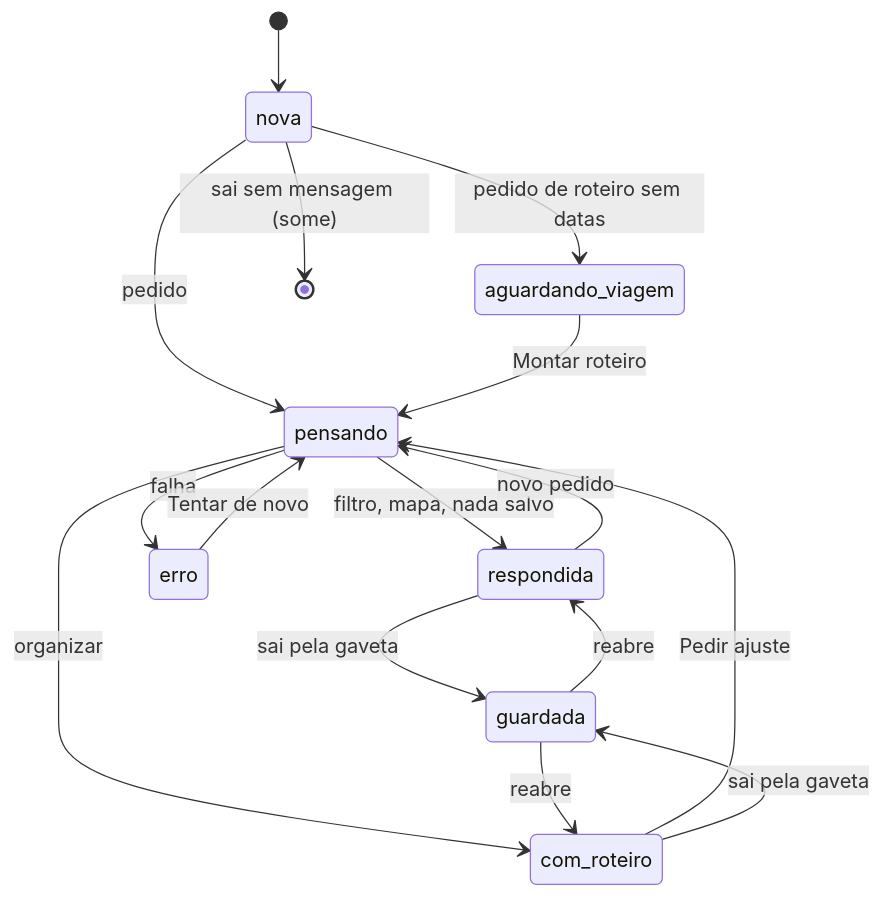
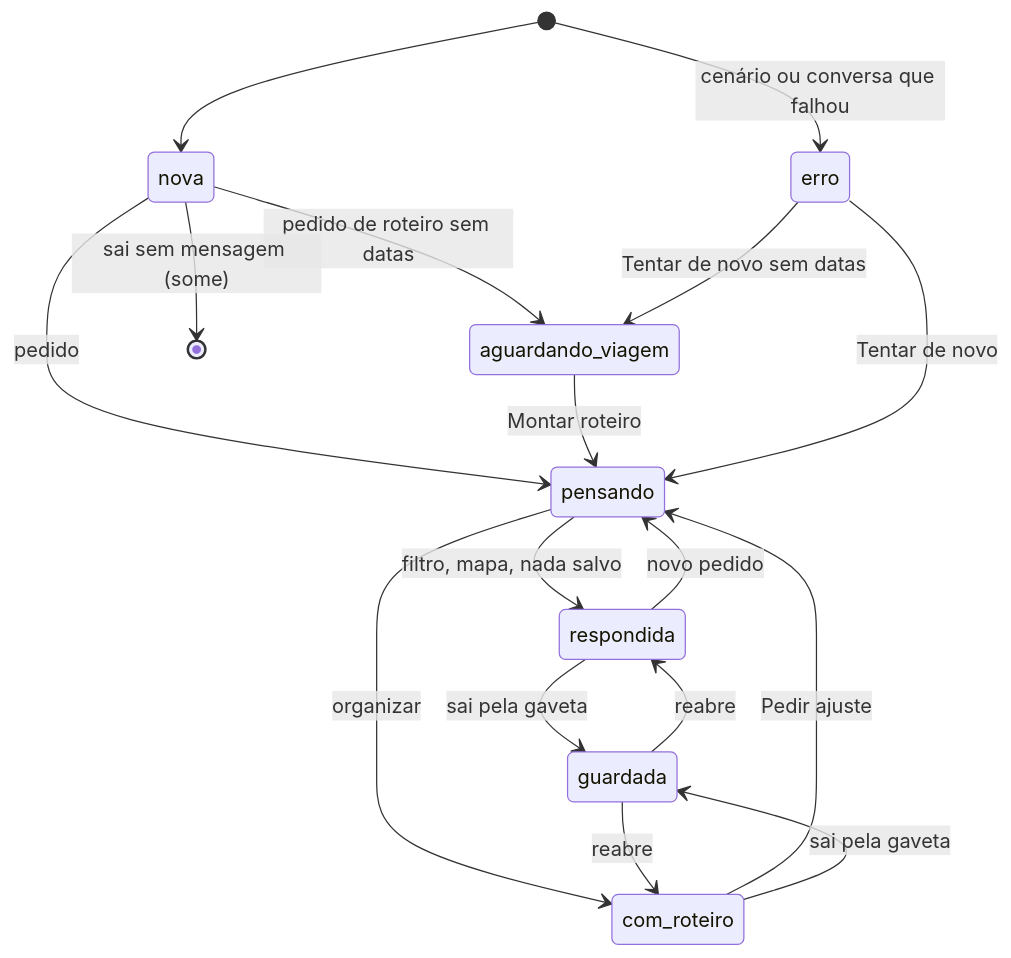
The diagram in docs/fluxos/estados.md (RodrigoPabloMelo/service-design), drawn with Mermaid before and after one commit. The commit also changed other lines of this file and 6 other files, not shown here.

````diff
--- a/docs/fluxos/estados.md
+++ b/docs/fluxos/estados.md
@@ -74,18 +74,19 @@
 ```mermaid
 stateDiagram-v2
   [*] --> nova
   nova --> pensando: pedido
   nova --> aguardando_viagem: pedido de roteiro sem datas
   aguardando_viagem --> pensando: Montar roteiro
   pensando --> respondida: filtro, mapa, nada salvo
   pensando --> com_roteiro: organizar
-  pensando --> erro: falha
+  [*] --> erro: cenário ou conversa que falhou
   erro --> pensando: Tentar de novo
+  erro --> aguardando_viagem: Tentar de novo sem datas
   respondida --> pensando: novo pedido
   com_roteiro --> pensando: Pedir ajuste
   respondida --> guardada: sai pela gaveta
   com_roteiro --> guardada: sai pela gaveta
   guardada --> respondida: reabre
   guardada --> com_roteiro: reabre
   nova --> [*]: sai sem mensagem (some)
 ```
````
